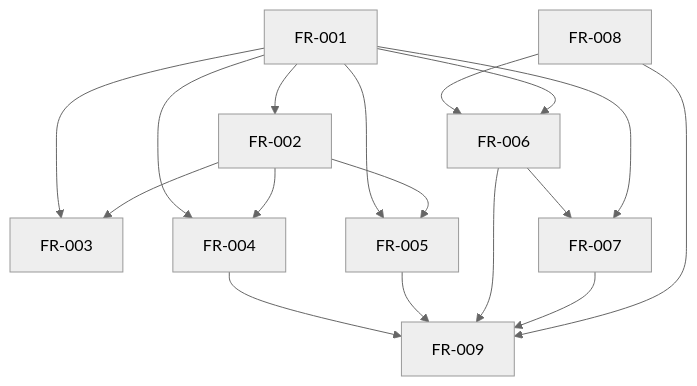
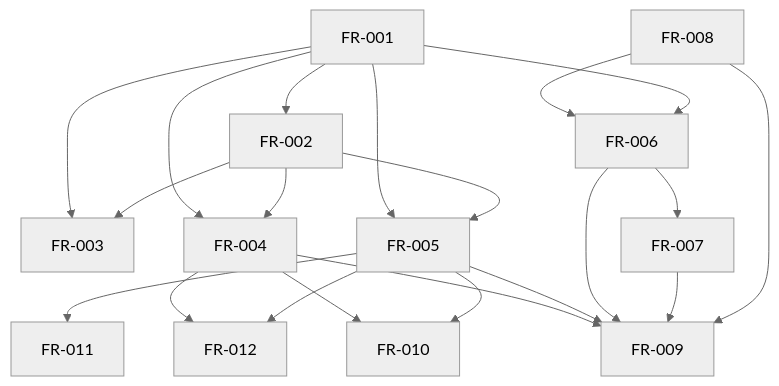
The diagram in spec/reviews/dependency.md (agent-ix/quire-verification), drawn with Mermaid (neutral theme) before and after one commit. The commit also changed other lines of this file and 7 other files, not shown here.

````diff
--- a/spec/reviews/dependency.md
+++ b/spec/reviews/dependency.md
@@ -48,19 +49,23 @@
 ```mermaid
 graph TD
   FR001[FR-001] --> FR002[FR-002]
   FR001 --> FR003[FR-003]
   FR002 --> FR003
   FR001 --> FR004[FR-004]
   FR002 --> FR004
   FR001 --> FR005[FR-005]
   FR002 --> FR005
   FR008[FR-008] --> FR006[FR-006]
   FR001 --> FR006
   FR006 --> FR007[FR-007]
-  FR001 --> FR007
   FR004 --> FR009[FR-009]
   FR005 --> FR009
   FR006 --> FR009
   FR007 --> FR009
   FR008 --> FR009
+  FR004 --> FR010[FR-010]
+  FR005 --> FR010
+  FR005 --> FR011[FR-011]
+  FR004 --> FR012[FR-012]
+  FR005 --> FR012
 ```
````
